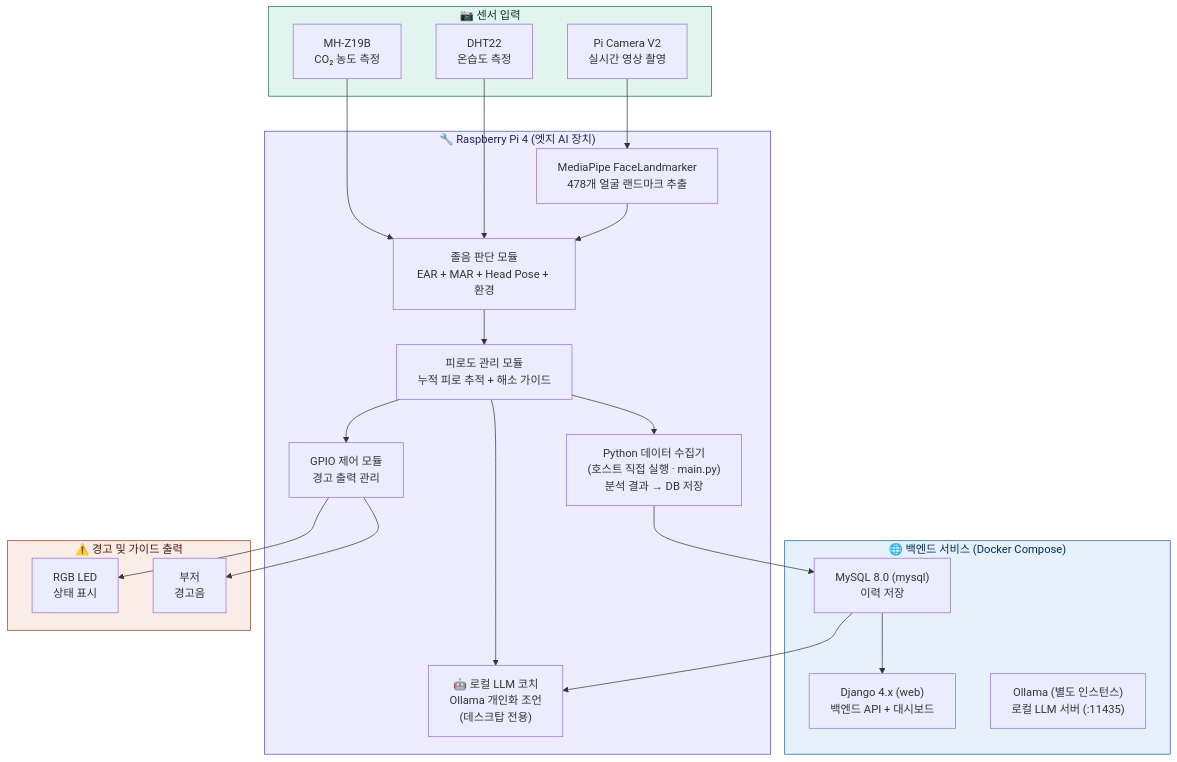
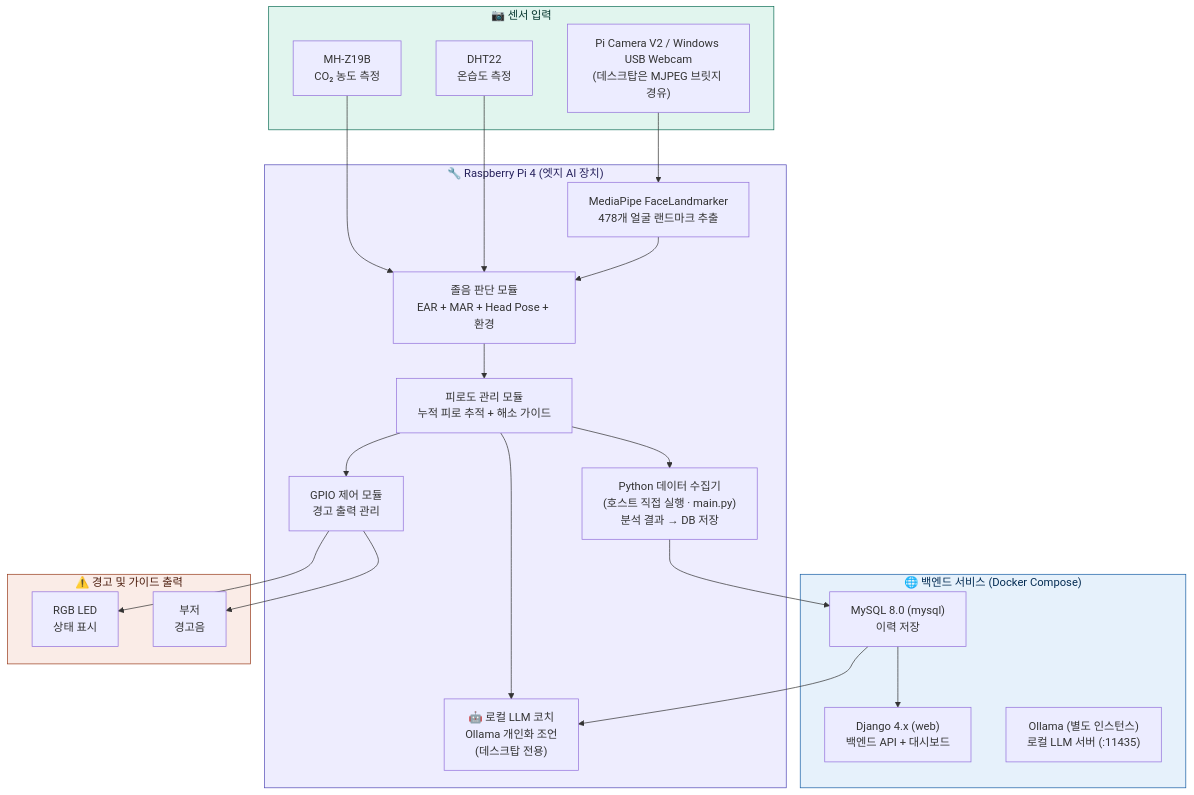
The first of 14 diagrams in project.md (pgh165/capstone), drawn with Mermaid before and after one commit. The commit also changed other lines of this file and 3 other files, not shown here.

First line of the commit message:
WSL용 MJPEG 카메라 브릿지 추가

````diff
--- a/project.md
+++ b/project.md
@@ -32,47 +32,47 @@
 ```mermaid
 graph TB
     subgraph SENSOR["📷 센서 입력"]
-        CAM["Pi Camera V2<br/>실시간 영상 촬영"]
+        CAM["Pi Camera V2 / Windows USB Webcam<br/>(데스크탑은 MJPEG 브릿지 경유)"]
         CO2["MH-Z19B<br/>CO₂ 농도 측정"]
         DHT["DHT22<br/>온습도 측정"]
     end
 
     subgraph RPI["🔧 Raspberry Pi 4 (엣지 AI 장치)"]
         MP["MediaPipe FaceLandmarker<br/>478개 얼굴 랜드마크 추출"]
         ALG["졸음 판단 모듈<br/>EAR + MAR + Head Pose + 환경"]
         FATIGUE["피로도 관리 모듈<br/>누적 피로 추적 + 해소 가이드"]
         LLM["🤖 로컬 LLM 코치<br/>Ollama 개인화 조언<br/>(데스크탑 전용)"]
         GPIO["GPIO 제어 모듈<br/>경고 출력 관리"]
         PYTHON["Python 데이터 수집기<br/>(호스트 직접 실행 · main.py)<br/>분석 결과 → DB 저장"]
     end
 
     subgraph WEB["🌐 백엔드 서비스 (Docker Compose)"]
         DJANGO["Django 4.x (web)<br/>백엔드 API + 대시보드"]
         MYSQL["MySQL 8.0 (mysql)<br/>이력 저장"]
         OLLAMA_SVC["Ollama (별도 인스턴스)<br/>로컬 LLM 서버 (:11435)"]
     end
 
     subgraph OUTPUT["⚠️ 경고 및 가이드 출력"]
         LED["RGB LED<br/>상태 표시"]
         BUZ["부저<br/>경고음"]
     end
 
     CAM --> MP
     CO2 --> ALG
     DHT --> ALG
     MP --> ALG
     ALG --> FATIGUE
     FATIGUE --> LLM
     FATIGUE --> GPIO
     FATIGUE --> PYTHON
     PYTHON --> MYSQL
     MYSQL --> LLM
     GPIO --> LED
     GPIO --> BUZ
     MYSQL --> DJANGO
 
     style SENSOR fill:#E1F5EE,stroke:#0F6E56,color:#04342C
     style RPI fill:#EEEDFE,stroke:#534AB7,color:#26215C
     style WEB fill:#E6F1FB,stroke:#185FA5,color:#042C53
     style OUTPUT fill:#FAECE7,stroke:#993C1D,color:#4A1B0C
 ```
````
